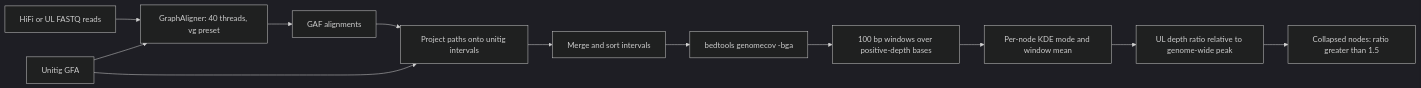
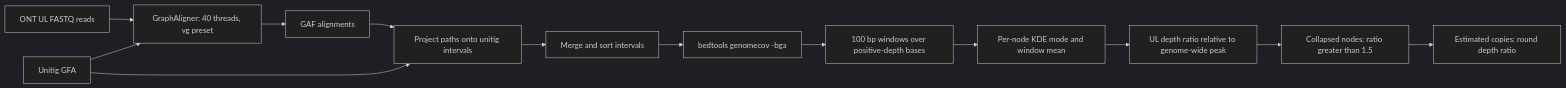
Before and after one commit to socialhang/phasing: the diagram in docs/02-node-depth.md, drawn with Mermaid (dark theme). The commit also changed other lines of this file, not shown here.

Commit message:
Use UL depth throughout and define rounded collapsed copy multiplicity

````diff
--- a/docs/02-node-depth.md
+++ b/docs/02-node-depth.md
@@ -9,14 +9,15 @@
 ```mermaid
 flowchart LR
-    A[HiFi or UL FASTQ reads] --> C[GraphAligner: 40 threads, vg preset]
+    A[ONT UL FASTQ reads] --> C[GraphAligner: 40 threads, vg preset]
     B[Unitig GFA] --> C
     C --> D[GAF alignments]
     D --> E[Project paths onto unitig intervals]
     B --> E
     E --> F[Merge and sort intervals]
     F --> G[bedtools genomecov -bga]
     G --> H[100 bp windows over positive-depth bases]
     H --> I[Per-node KDE mode and window mean]
     I --> J[UL depth ratio relative to genome-wide peak]
     J --> K[Collapsed nodes: ratio greater than 1.5]
+    K --> L[Estimated copies: round depth ratio]
 ```
````
